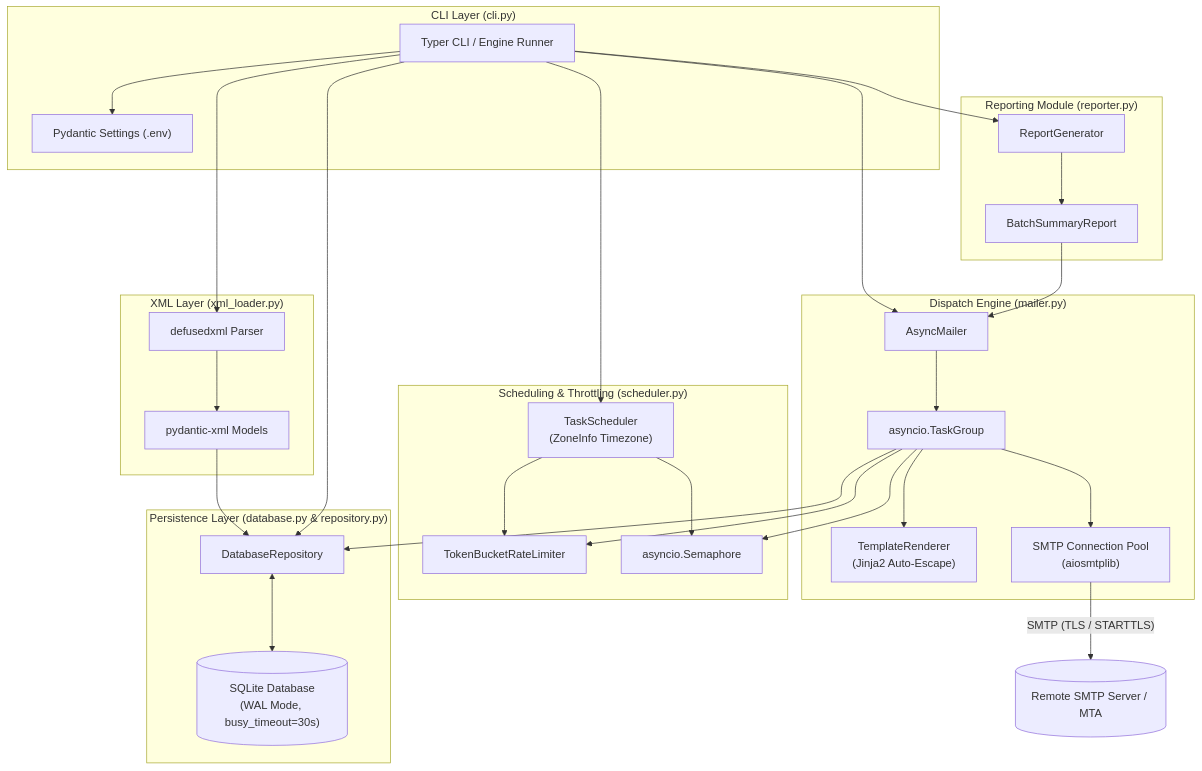
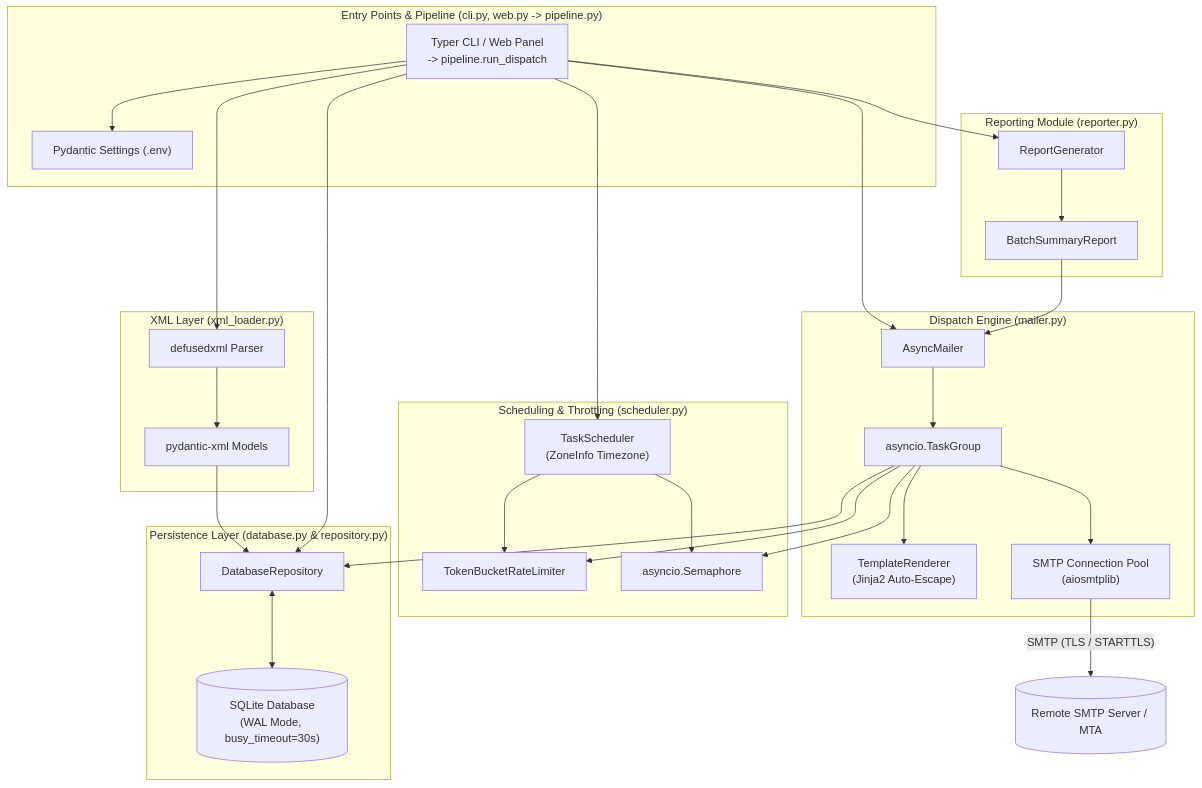
Before and after one commit to krj29b/mail-cadence: the first of 4 diagrams in docs/ARCHITECTURE.md, drawn with Mermaid. The commit also changed other lines of this file and 12 other files, not shown here.

````diff
--- a/docs/ARCHITECTURE.md
+++ b/docs/ARCHITECTURE.md
@@ -30,60 +32,61 @@
 ```mermaid
 flowchart TB
-    subgraph CLI ["CLI Layer (cli.py)"]
-        CLI_Entry["Typer CLI / Engine Runner"]
+    subgraph CLI ["Entry Points & Pipeline (cli.py, web.py -> pipeline.py)"]
+        CLI_Entry["Typer CLI / Web Panel
+-> pipeline.run_dispatch"]
         Config_Settings["Pydantic Settings (.env)"]
     end
 
     subgraph Parsing ["XML Layer (xml_loader.py)"]
         Defused_XML["defusedxml Parser"]
         Pydantic_XML["pydantic-xml Models"]
     end
 
     subgraph Storage ["Persistence Layer (database.py & repository.py)"]
         SQLite_DB[("SQLite Database\n(WAL Mode, busy_timeout=30s)")]
         Repo["DatabaseRepository"]
     end
 
     subgraph Scheduling ["Scheduling & Throttling (scheduler.py)"]
         Scheduler["TaskScheduler\n(ZoneInfo Timezone)"]
         Rate_Limiter["TokenBucketRateLimiter"]
         Sem_Manager["asyncio.Semaphore"]
     end
 
     subgraph Dispatch ["Dispatch Engine (mailer.py)"]
         Async_Mailer["AsyncMailer"]
         Task_Group["asyncio.TaskGroup"]
         Jinja_Renderer["TemplateRenderer\n(Jinja2 Auto-Escape)"]
         SMTP_Pool["SMTP Connection Pool\n(aiosmtplib)"]
     end
 
     subgraph Reporting ["Reporting Module (reporter.py)"]
         Report_Gen["ReportGenerator"]
         Batch_Summary["BatchSummaryReport"]
     end
 
     CLI_Entry --> Config_Settings
     CLI_Entry --> Defused_XML
     Defused_XML --> Pydantic_XML
     Pydantic_XML --> Repo
     Repo <--> SQLite_DB
 
     CLI_Entry --> Scheduler
     CLI_Entry --> Repo
     Scheduler --> Rate_Limiter
     Scheduler --> Sem_Manager
 
     CLI_Entry --> Async_Mailer
     Async_Mailer --> Task_Group
     Task_Group --> Sem_Manager
     Task_Group --> Rate_Limiter
     Task_Group --> Jinja_Renderer
     Task_Group --> SMTP_Pool
     Task_Group --> Repo
 
     CLI_Entry --> Report_Gen
     Report_Gen --> Batch_Summary
     Batch_Summary --> Async_Mailer
 
     SMTP_Pool -->|"SMTP (TLS / STARTTLS)"| Target_MTA[("Remote SMTP Server / MTA")]
 ```
````
